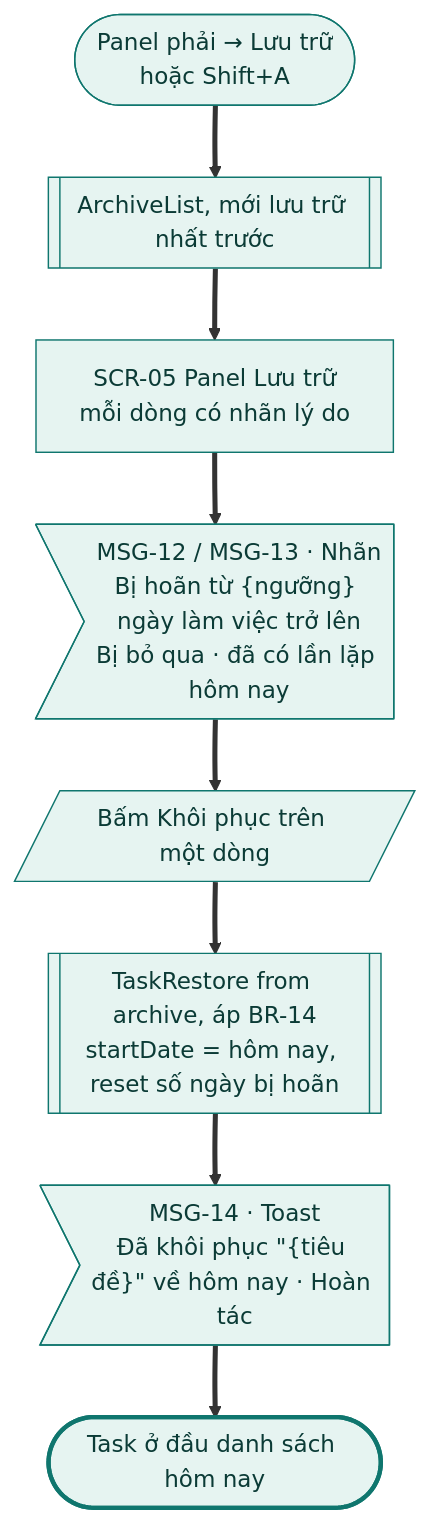
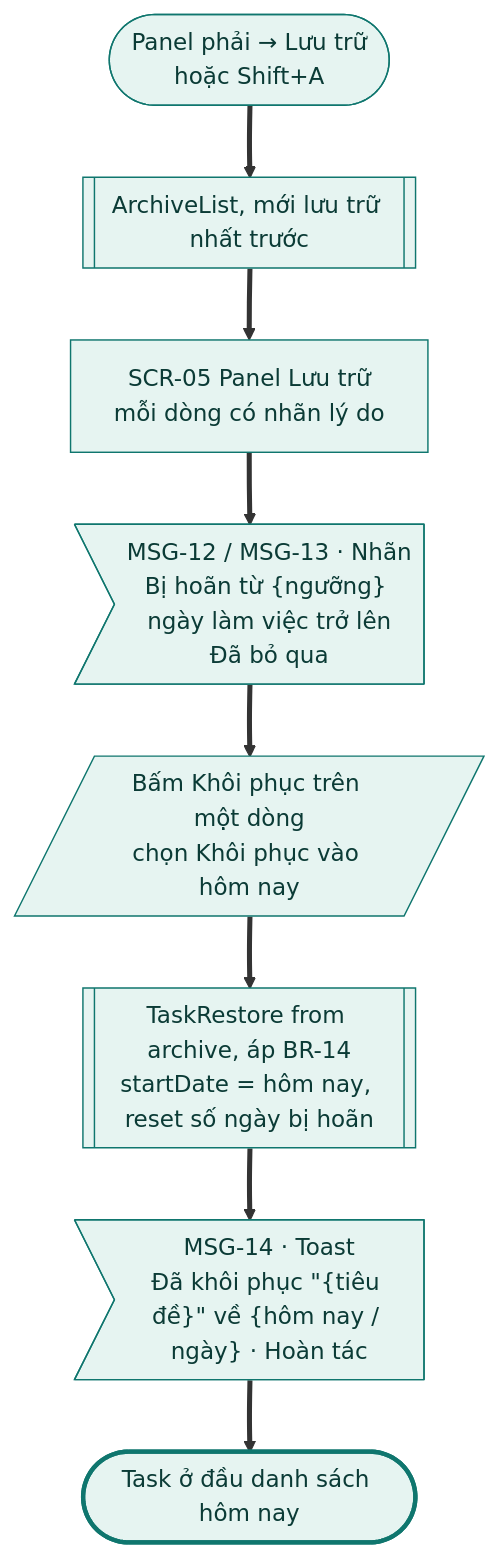
Before and after one commit to tannguyenho/personal-app: diagram 14 of 18 in docs/design-brief/flow/g06-backlog-rollover.md, drawn with Mermaid. The commit also changed other lines of this file and 5 other files, not shown here.

First line of the commit message:
docs(G03, G06): áp quyết định PO 09/11 vào SRS, PRD, flow

````diff
--- a/docs/design-brief/flow/g06-backlog-rollover.md
+++ b/docs/design-brief/flow/g06-backlog-rollover.md
@@ -576,25 +587,25 @@
 ```mermaid
 flowchart TD
   start(["Panel phải → Lưu trữ<br/>hoặc Shift+A"])
   p1[["ArchiveList, mới lưu trữ nhất trước"]]
   s1["SCR-05 Panel Lưu trữ<br/>mỗi dòng có nhãn lý do"]
-  m0>"MSG-12 / MSG-13 · Nhãn<br/>Bị hoãn từ {ngưỡng} ngày làm việc trở lên<br/>Bị bỏ qua · đã có lần lặp hôm nay"]
-  u1[/"Bấm Khôi phục trên một dòng"/]
+  m0>"MSG-12 / MSG-13 · Nhãn<br/>Bị hoãn từ {ngưỡng} ngày làm việc trở lên<br/>Đã bỏ qua"]
+  u1[/"Bấm Khôi phục trên một dòng<br/>chọn Khôi phục vào hôm nay"/]
   p2[["TaskRestore from archive, áp BR-14<br/>startDate = hôm nay, reset số ngày bị hoãn"]]
-  m1>"MSG-14 · Toast<br/>Đã khôi phục #quot;{tiêu đề}#quot; về hôm nay · Hoàn tác"]
+  m1>"MSG-14 · Toast<br/>Đã khôi phục #quot;{tiêu đề}#quot; về {hôm nay / ngày} · Hoàn tác"]
   ok(["Task ở đầu danh sách hôm nay"])
 
   start ==> p1 ==> s1 ==> m0 ==> u1 ==> p2 ==> m1 ==> ok
 
   class start,p1,s1,m0,u1,p2,m1 happy
   class ok done
   classDef happy fill:#E6F4F1,stroke:#0F766E,color:#0B3B36
   classDef alt fill:#F1F3F5,stroke:#6B7280,color:#1F2937
   classDef err fill:#FDECEC,stroke:#B42318,color:#5C1010
   classDef warn fill:#FEF4E2,stroke:#B45309,color:#4A2604
   classDef ai fill:#F1ECFD,stroke:#6D28D9,color:#2E1065
   classDef sync fill:#FFFFFF,stroke:#6B7280,stroke-dasharray:4 3,color:#1F2937
   classDef link fill:#FFFFFF,stroke:#0F766E,stroke-dasharray:4 3,color:#0B3B36
   classDef done fill:#E6F4F1,stroke:#0F766E,stroke-width:3px,color:#0B3B36
   classDef fail fill:#FDECEC,stroke:#B42318,stroke-width:3px,color:#5C1010
 ```
````
